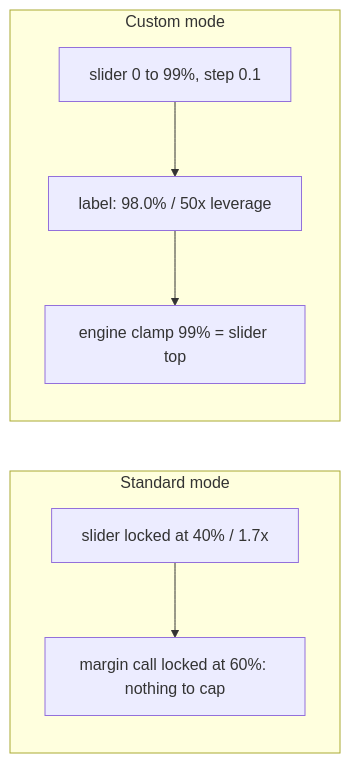
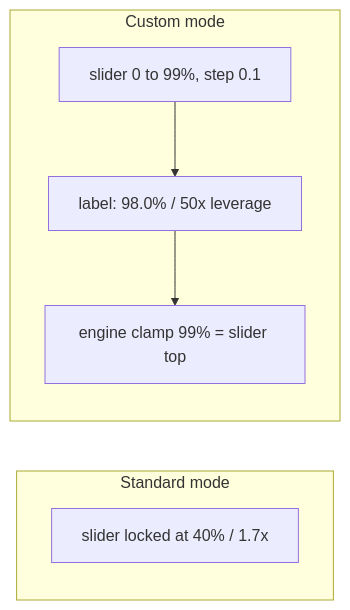
The second of 5 diagrams in docs/plan.md (vibqetowi/leveraged-investing-simulator), drawn with Mermaid before and after one commit. The commit also changed other lines of this file and 1 other file, not shown here.

````diff
--- a/docs/plan.md
+++ b/docs/plan.md
@@ -574,10 +403,10 @@
 ```mermaid
 flowchart LR
     subgraph Std["Standard mode"]
-        S1["slider locked at 40% / 1.7x"] --> S2["margin call locked at 60%: nothing to cap"]
+        S1["slider locked at 40% / 1.7x"]
     end
     subgraph Cus["Custom mode"]
         C1["slider 0 to 99%, step 0.1"] --> C2["label: 98.0% / 50x leverage"]
         C2 --> C3["engine clamp 99% = slider top"]
     end
 ```
````
